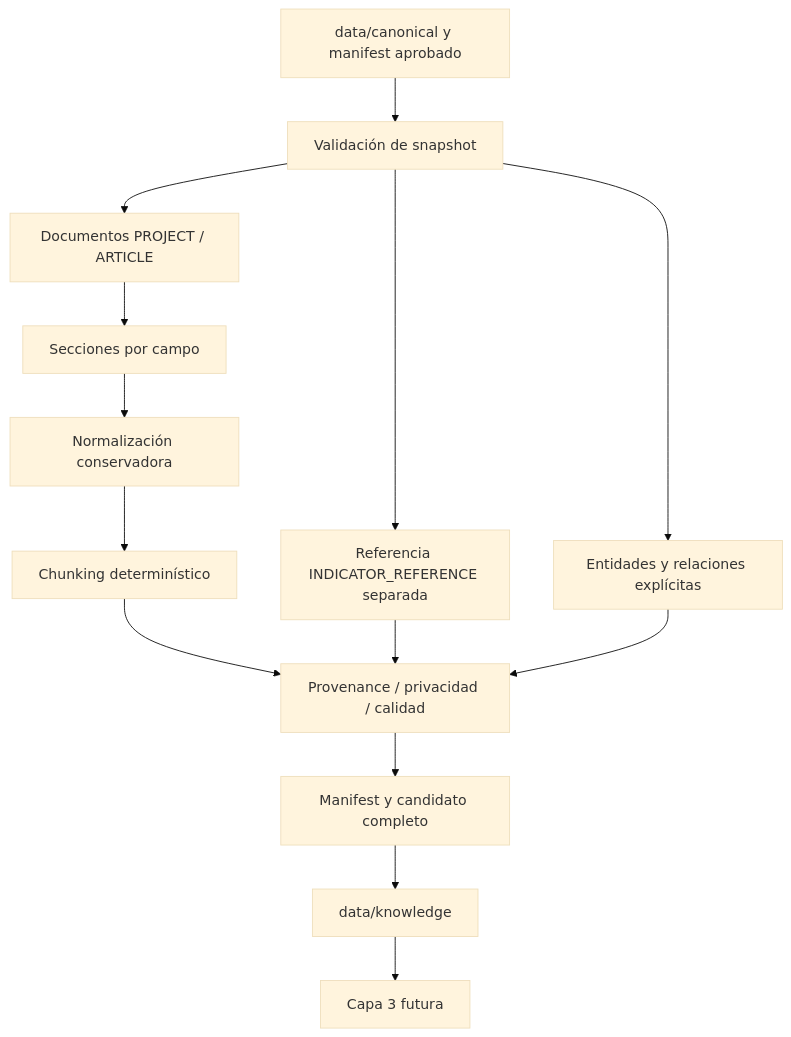
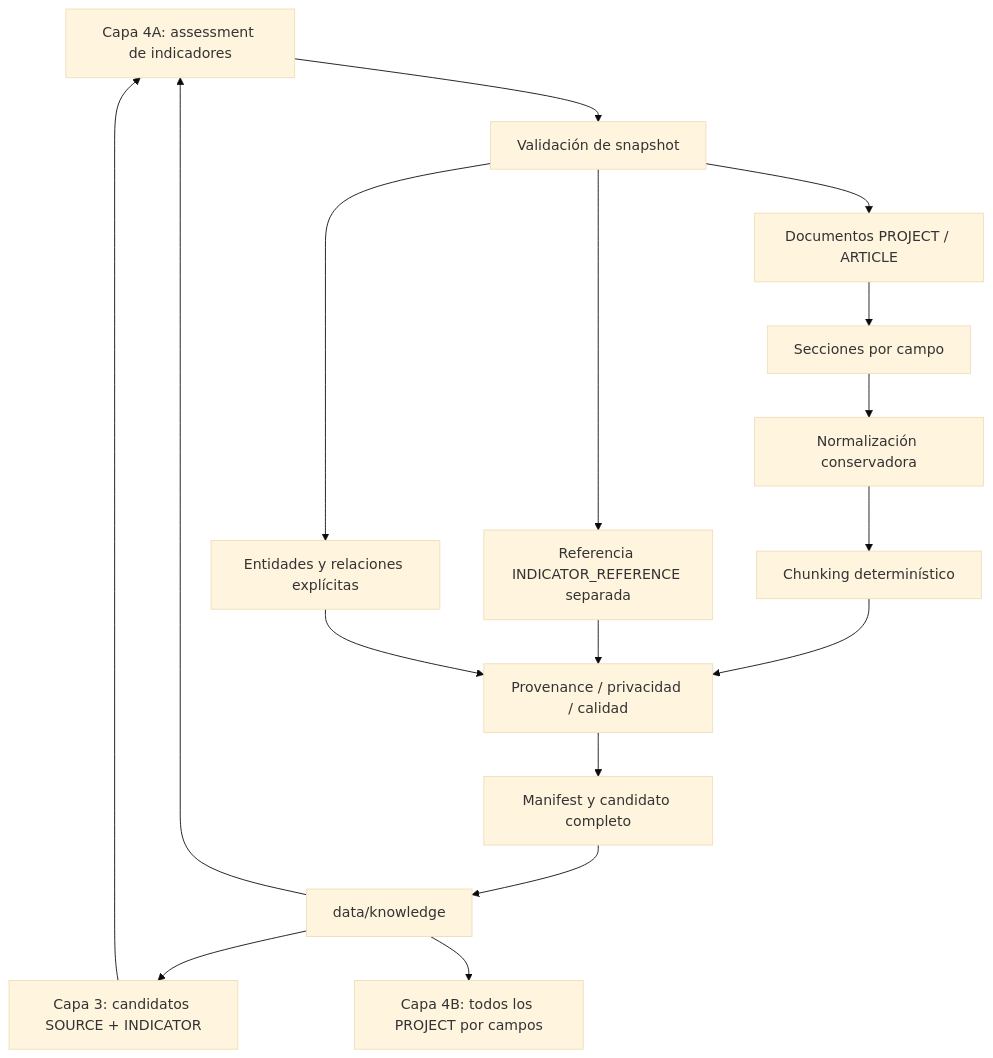
The diagram in docs/architecture/layer2.md (Sebastianav1011/research-graphrag), drawn with Mermaid (base theme) before and after one commit. The commit also changed other lines of this file and 177 other files, not shown here.

````diff
--- a/docs/architecture/layer2.md
+++ b/docs/architecture/layer2.md
@@ -51,16 +55,19 @@
 ```mermaid
 flowchart TD
   A[data/canonical y manifest aprobado] --> V[Validación de snapshot]
   V --> D[Documentos PROJECT / ARTICLE]
   D --> S[Secciones por campo]
   S --> N[Normalización conservadora]
   N --> C[Chunking determinístico]
   V --> R[Referencia INDICATOR_REFERENCE separada]
   V --> E[Entidades y relaciones explícitas]
   C --> Q[Provenance / privacidad / calidad]
   R --> Q
   E --> Q
   Q --> M[Manifest y candidato completo]
   M --> K[data/knowledge]
-  K --> F[Capa 3 futura]
+  K --> F[Capa 3: candidatos SOURCE + INDICATOR]
+  F --> A[Capa 4A: assessment de indicadores]
+  K --> A
+  K --> B[Capa 4B: todos los PROJECT por campos]
 ```
````
